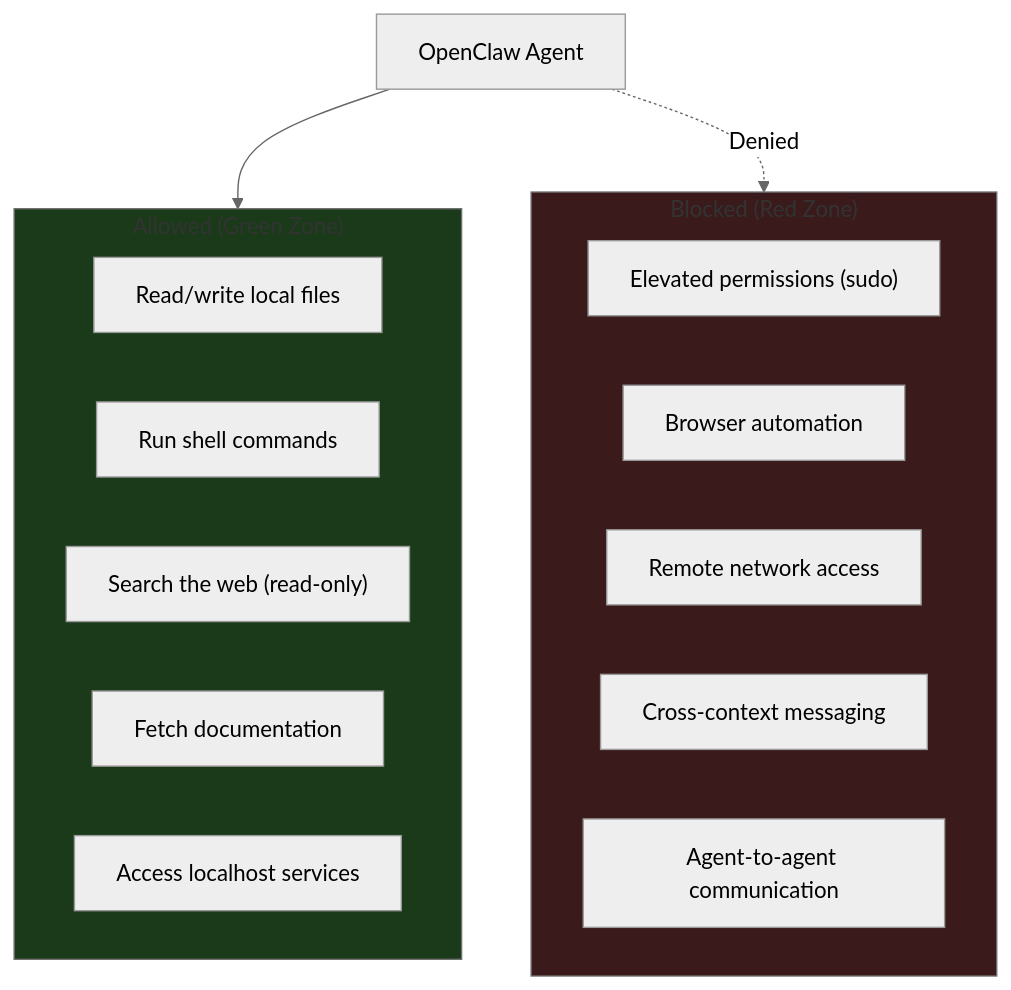
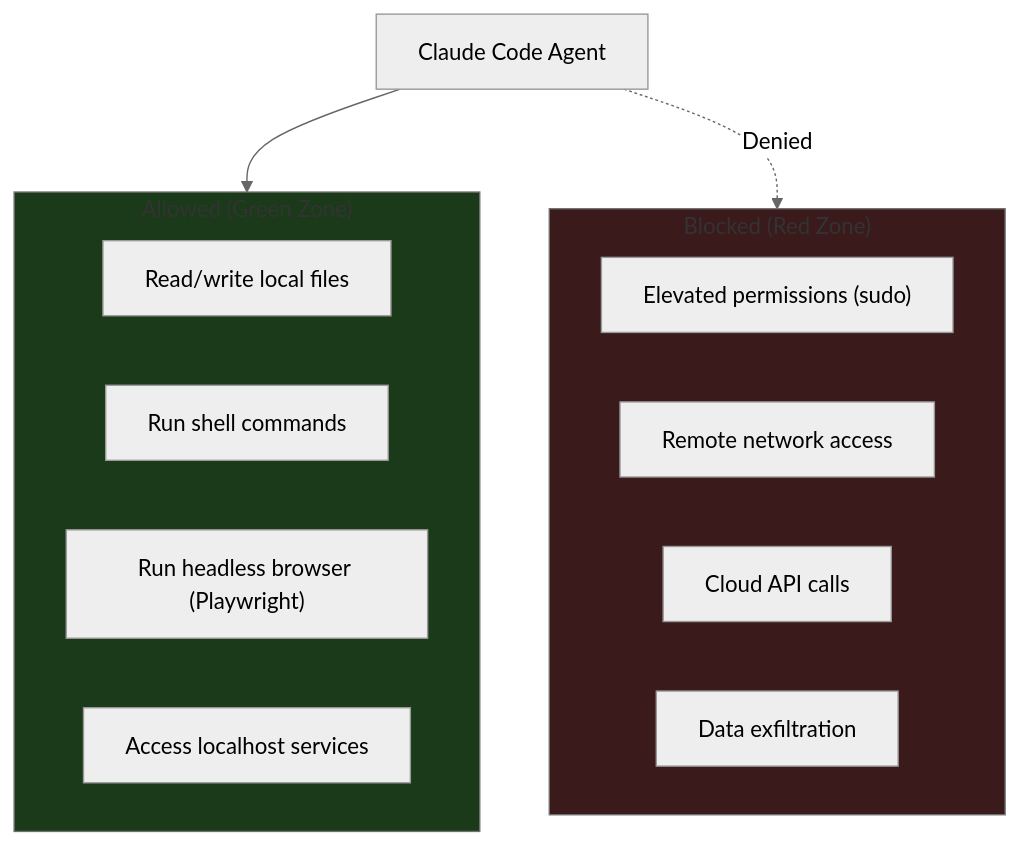
The diagram in docs/security.md (mvalancy/tritium-coder), drawn with Mermaid (neutral theme) before and after one commit. The commit also changed other lines of this file and 16 other files, not shown here.

First line of the commit message:
Remove OpenClaw dependency, go fully independent

````diff
--- a/docs/security.md
+++ b/docs/security.md
@@ -9,23 +9,21 @@
 ```mermaid
 flowchart TB
     subgraph Allowed["Allowed (Green Zone)"]
         style Allowed fill:#1a3a1a
         A1["Read/write local files"]
         A2["Run shell commands"]
-        A3["Search the web (read-only)"]
-        A4["Fetch documentation"]
-        A5["Access localhost services"]
+        A3["Run headless browser (Playwright)"]
+        A4["Access localhost services"]
     end
 
     subgraph Blocked["Blocked (Red Zone)"]
         style Blocked fill:#3a1a1a
         B1["Elevated permissions (sudo)"]
-        B2["Browser automation"]
-        B3["Remote network access"]
-        B4["Cross-context messaging"]
-        B5["Agent-to-agent communication"]
+        B2["Remote network access"]
+        B3["Cloud API calls"]
+        B4["Data exfiltration"]
     end
 
-    Agent["OpenClaw Agent"] --> Allowed
+    Agent["Claude Code Agent"] --> Allowed
     Agent -.->|Denied| Blocked
 ```
````
